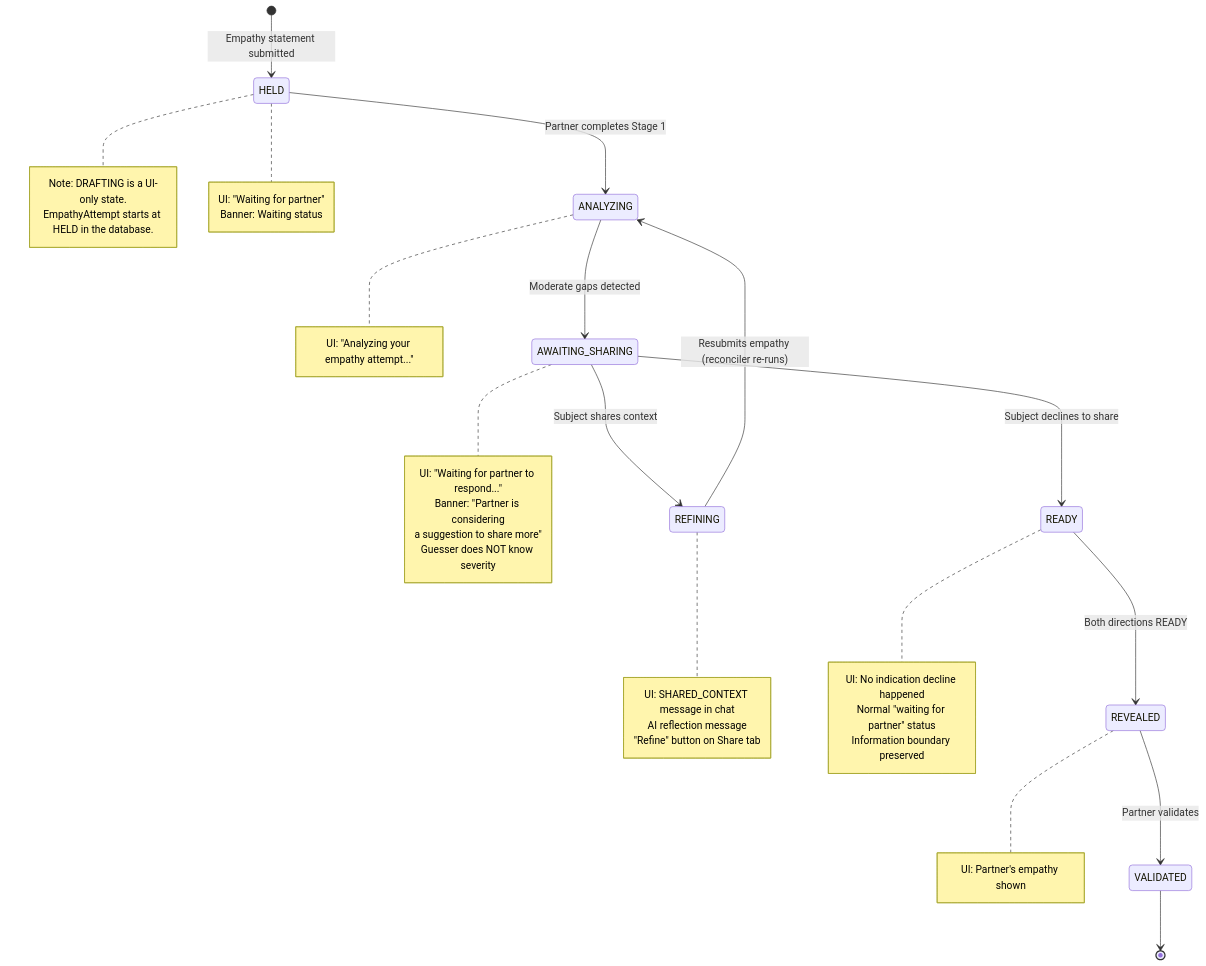
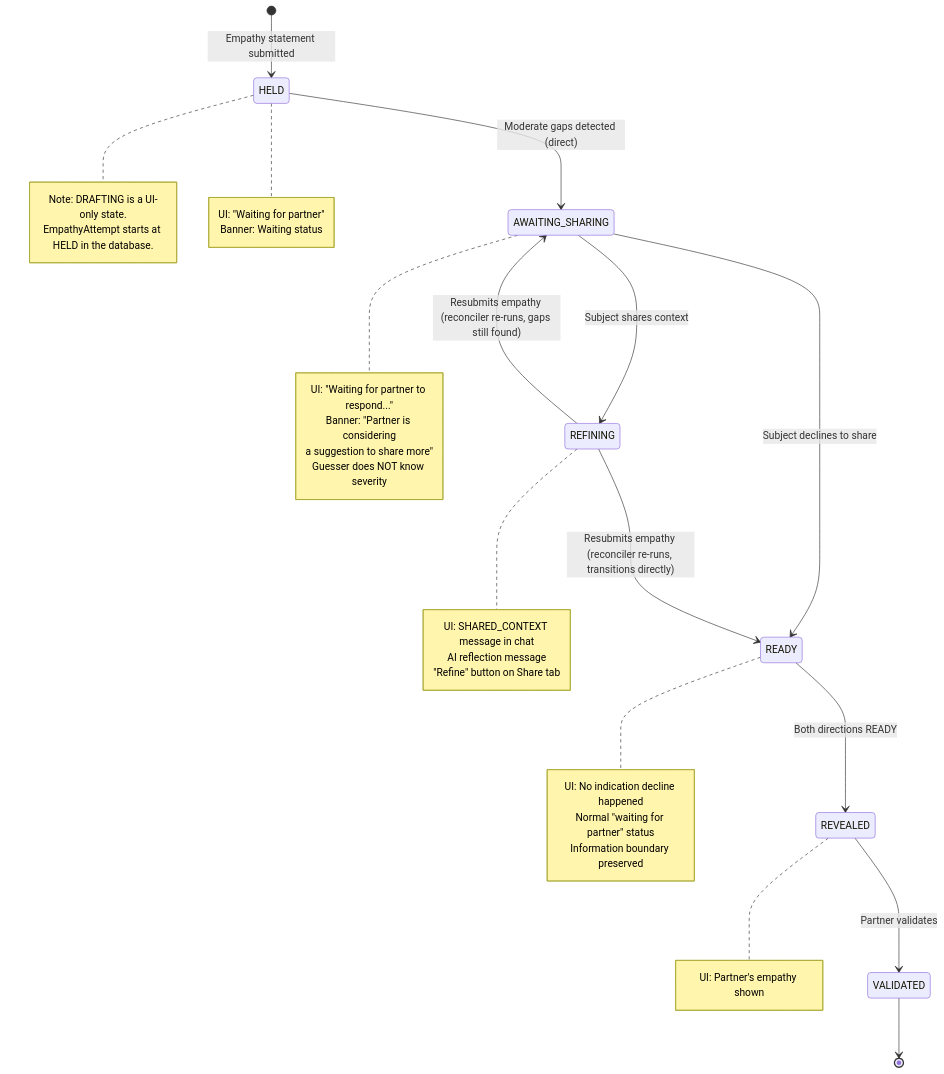
Before and after one commit to shantamg/meet-without-fear: the third of 14 diagrams in docs/diagrams/reconciler-paths.md, drawn with Mermaid. The commit also changed other lines of this file and 12 other files, not shown here.

````diff
--- a/docs/diagrams/reconciler-paths.md
+++ b/docs/diagrams/reconciler-paths.md
@@ -121,46 +122,42 @@
 ```mermaid
 stateDiagram-v2
     [*] --> HELD: Empathy statement submitted
     note right of HELD
         Note: DRAFTING is a UI-only state.
         EmpathyAttempt starts at HELD in the database.
     end note
     note right of HELD
         UI: "Waiting for partner"
         Banner: Waiting status
     end note
 
-    HELD --> ANALYZING: Partner completes Stage 1
-    note right of ANALYZING
-        UI: "Analyzing your empathy attempt..."
-    end note
-
-    ANALYZING --> AWAITING_SHARING: Moderate gaps detected
+    HELD --> AWAITING_SHARING: Moderate gaps detected (direct)
     note right of AWAITING_SHARING
         UI: "Waiting for partner to respond..."
         Banner: "Partner is considering<br/>a suggestion to share more"
         Guesser does NOT know severity
     end note
 
     AWAITING_SHARING --> REFINING: Subject shares context
     note right of REFINING
         UI: SHARED_CONTEXT message in chat<br/>AI reflection message<br/>"Refine" button on Share tab
     end note
 
     AWAITING_SHARING --> READY: Subject declines to share
     note right of READY
         UI: No indication decline happened<br/>Normal "waiting for partner" status
         Information boundary preserved
     end note
 
-    REFINING --> ANALYZING: Resubmits empathy (reconciler re-runs)
+    REFINING --> READY: Resubmits empathy (reconciler re-runs, transitions directly)
+    REFINING --> AWAITING_SHARING: Resubmits empathy (reconciler re-runs, gaps still found)
 
     READY --> REVEALED: Both directions READY
     note right of REVEALED
         UI: Partner's empathy shown
     end note
 
     REVEALED --> VALIDATED: Partner validates
 
     VALIDATED --> [*]
 ```
````
